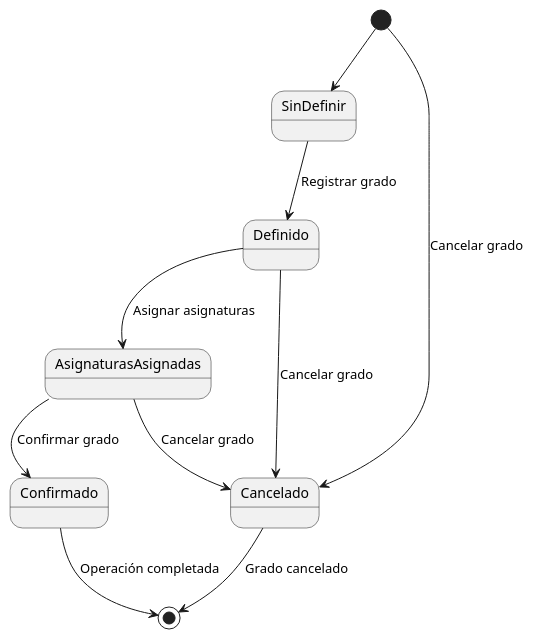
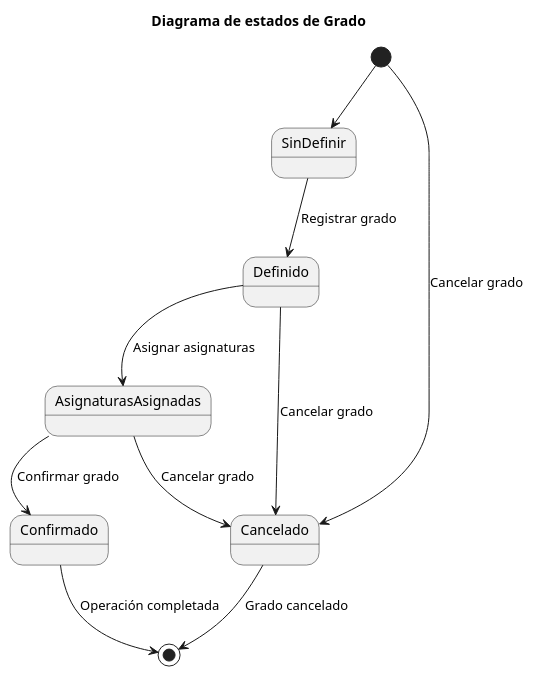
Before and after one commit to mmasias/24-25-IdSw1-SDR: the diagram in modeloDelDominio/plantUML/diagramaEstadosGrado.puml, drawn with PlantUML. The commit also changed 8 other files, not shown here.

```diff
--- a/modeloDelDominio/plantUML/diagramaEstadosGrado.puml
+++ b/modeloDelDominio/plantUML/diagramaEstadosGrado.puml
@@ -1,18 +1,18 @@
 @startuml
-' Diagrama de estados para Grado
+title Diagrama de estados de Grado
 state "SinDefinir" as SinDefinir_Grado
 state "Definido" as Definido_Grado
 state "AsignaturasAsignadas" as AsignaturasAsignadas
 state "Confirmado" as Confirmado_Grado
 state "Cancelado" as Cancelado_Grado
 
 [*] --> SinDefinir_Grado
 SinDefinir_Grado --> Definido_Grado : Registrar grado
 Definido_Grado --> AsignaturasAsignadas : Asignar asignaturas
 AsignaturasAsignadas --> Confirmado_Grado : Confirmar grado
 Definido_Grado --> Cancelado_Grado : Cancelar grado
 AsignaturasAsignadas --> Cancelado_Grado : Cancelar grado
 [*] --> Cancelado_Grado : Cancelar grado
 Confirmado_Grado --> [*] : Operación completada
 Cancelado_Grado --> [*] : Grado cancelado
 @enduml
```
